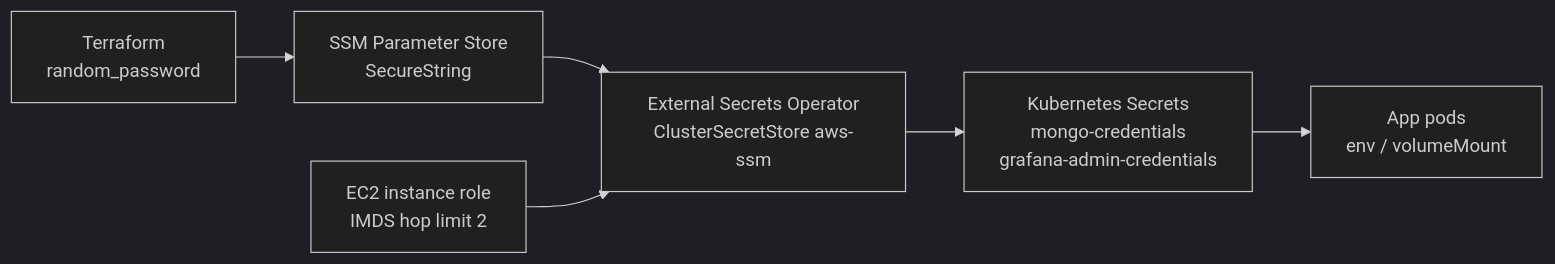
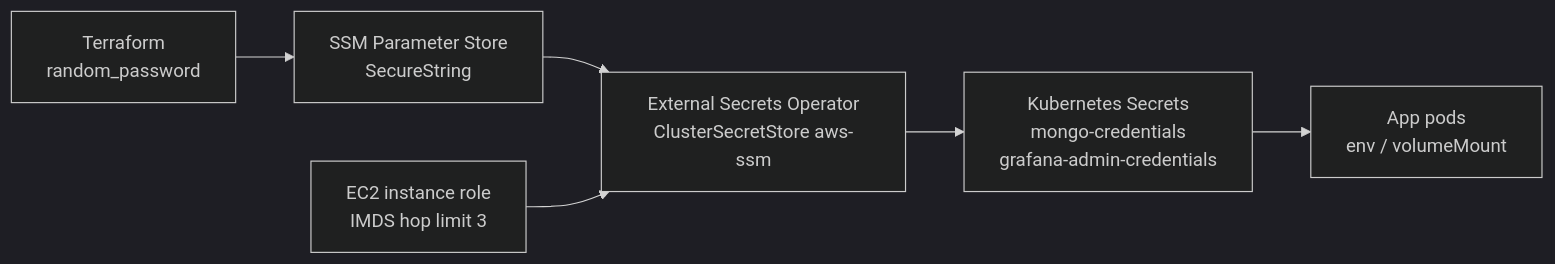
Before and after one commit to sanjeev0120test/k8AWS: the sixth of 6 diagrams in README.md, drawn with Mermaid (dark theme). The commit also changed other lines of this file and 5 other files, not shown here.

````diff
--- a/README.md
+++ b/README.md
@@ -643,9 +642,9 @@
 ```mermaid
 flowchart LR
     TF["Terraform<br/>random_password"] --> SSM["SSM Parameter Store<br/>SecureString"]
     SSM --> ESO["External Secrets Operator<br/>ClusterSecretStore aws-ssm"]
     ESO --> KS["Kubernetes Secrets<br/>mongo-credentials<br/>grafana-admin-credentials"]
     KS --> POD["App pods<br/>env / volumeMount"]
 
-    EC2["EC2 instance role<br/>IMDS hop limit 2"] --> ESO
+    EC2["EC2 instance role<br/>IMDS hop limit 3"] --> ESO
 ```
````
